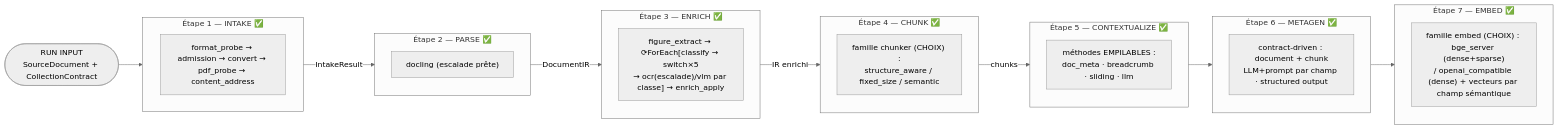
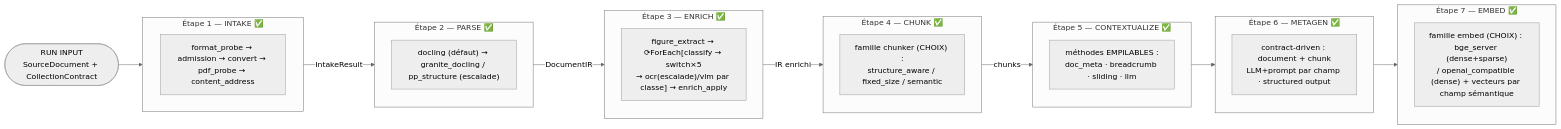
One commit to Florian-BARRE/DocForge changed the first of 4 diagrams in src/docforge/PIPELINE.md. Above: the diagram before and after it, drawn with Mermaid (neutral theme). The commit also changed other lines of this file and 3 other files, not shown here.

First line of the commit message:
docs: reflect 0.3.0 — parser bricks, PaddleX sidecar, dynamic per-collection config, schema-driven contract

````diff
--- a/src/docforge/PIPELINE.md
+++ b/src/docforge/PIPELINE.md
@@ -10,35 +10,35 @@
 ```mermaid
 flowchart LR
     RUN(["RUN INPUT<br/>SourceDocument + CollectionContract"])
 
     subgraph S1["Étape 1 — INTAKE ✅"]
         direction LR
         s1["format_probe → admission → convert → pdf_probe → content_address"]
     end
 
     subgraph S2["Étape 2 — PARSE ✅"]
-        s2["docling (escalade prête)"]
+        s2["docling (défaut) → granite_docling / pp_structure (escalade)"]
     end
 
     subgraph S3["Étape 3 — ENRICH ✅"]
         s3["figure_extract → ⟳ForEach[classify → switch×5<br/>→ ocr(escalade)/vlm par classe] → enrich_apply"]
     end
 
     subgraph S4["Étape 4 — CHUNK ✅"]
         s4["famille chunker (CHOIX) :<br/>structure_aware / fixed_size / semantic"]
     end
 
     subgraph S5["Étape 5 — CONTEXTUALIZE ✅"]
         s5["méthodes EMPILABLES :<br/>doc_meta · breadcrumb · sliding · llm"]
     end
 
     subgraph S6["Étape 6 — METAGEN ✅"]
         s6["contract-driven : document + chunk<br/>LLM+prompt par champ · structured output"]
     end
 
     subgraph S7["Étape 7 — EMBED ✅"]
         s7["famille embed (CHOIX) : bge_server (dense+sparse)<br/>/ openai_compatible (dense) + vecteurs par champ sémantique"]
     end
 
     RUN --> S1 -->|"IntakeResult"| S2 -->|"DocumentIR"| S3 -->|"IR enrichi"| S4 -->|"chunks"| S5 --> S6 --> S7
 ```
````
